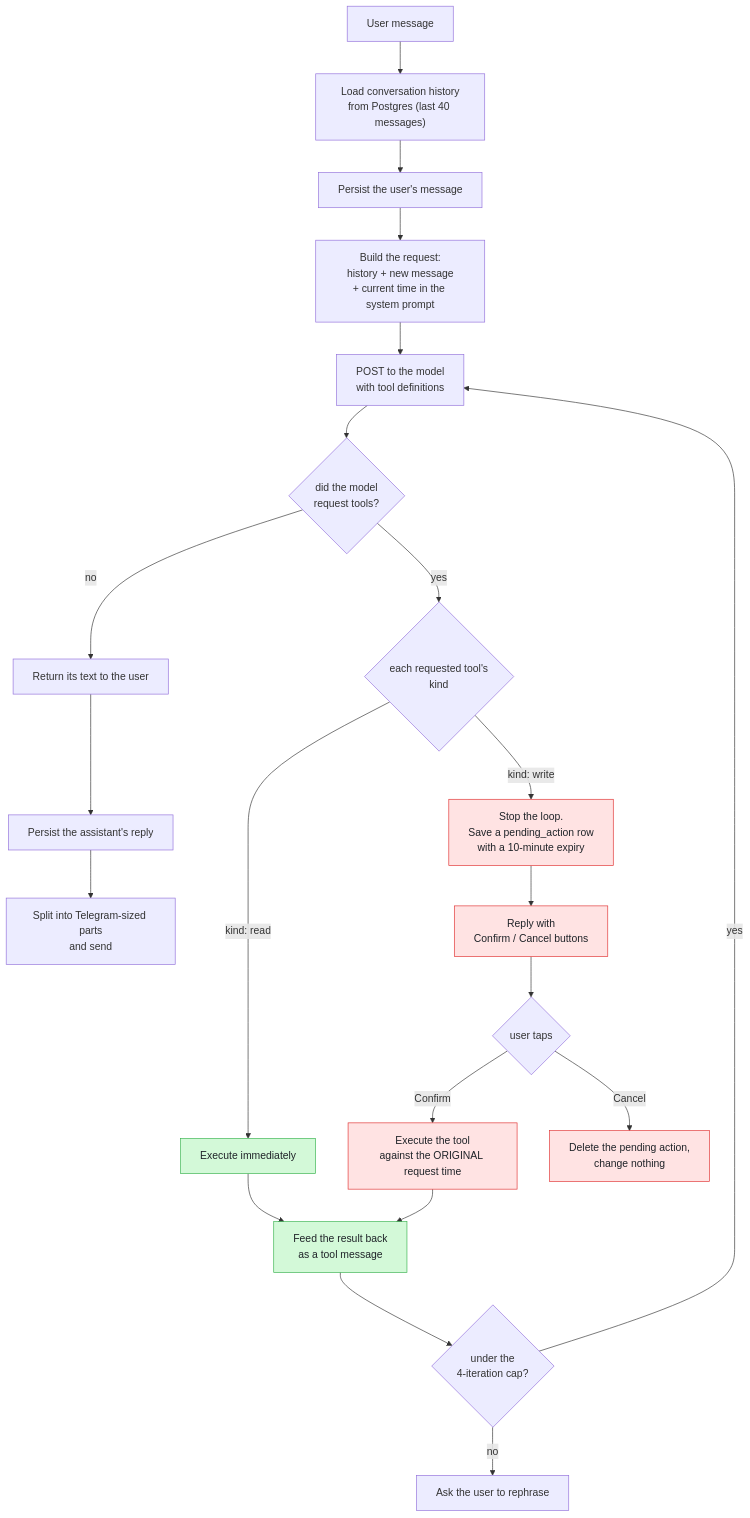
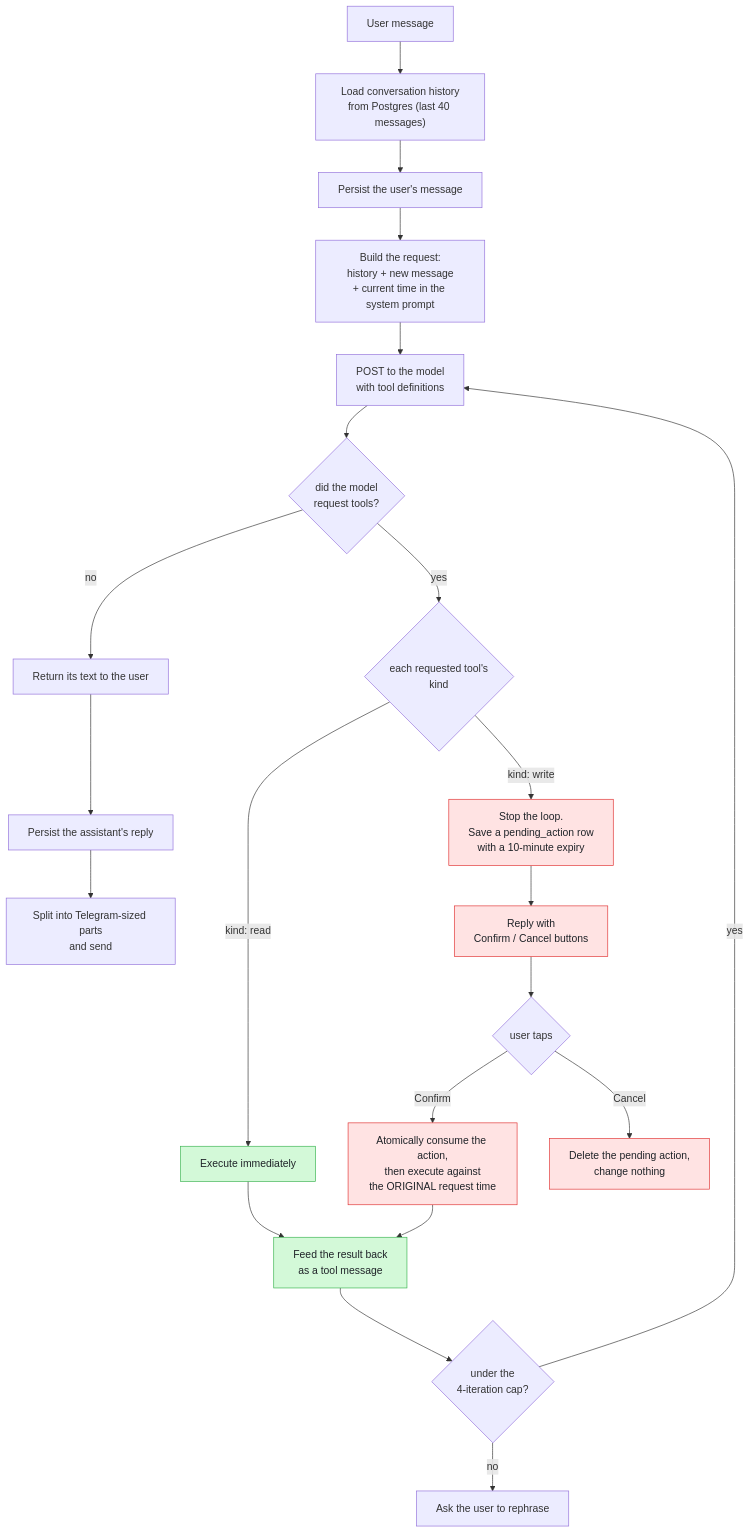
The fourth of 11 diagrams in docs/architecture.md (e1010101/my-helper), drawn with Mermaid before and after one commit. The commit also changed other lines of this file and 49 other files, not shown here.

````diff
--- a/docs/architecture.md
+++ b/docs/architecture.md
@@ -201,34 +201,34 @@
 ```mermaid
 flowchart TD
     Start["User message"] --> Load["Load conversation history<br/>from Postgres (last 40 messages)"]
     Load --> Persist["Persist the user's message"]
     Persist --> Build["Build the request:<br/>history + new message<br/>+ current time in the system prompt"]
 
     Build --> Call["POST to the model<br/>with tool definitions"]
     Call --> HasCalls{"did the model<br/>request tools?"}
 
     HasCalls -->|no| Final["Return its text to the user"]
     HasCalls -->|yes| Split{"each requested tool's<br/>kind"}
 
     Split -->|"kind: read"| ExecuteNow["Execute immediately"]
     Split -->|"kind: write"| Gate
 
     ExecuteNow --> Feed["Feed the result back<br/>as a tool message"]
     Feed --> Iterate{"under the<br/>4-iteration cap?"}
     Iterate -->|yes| Call
     Iterate -->|no| GiveUp["Ask the user to rephrase"]
 
     Gate["Stop the loop.<br/>Save a pending_action row<br/>with a 10-minute expiry"] --> Confirm["Reply with<br/>Confirm / Cancel buttons"]
     Confirm --> Tapped{"user taps"}
-    Tapped -->|Confirm| RunTool["Execute the tool<br/>against the ORIGINAL request time"]
+    Tapped -->|Confirm| RunTool["Atomically consume the action,<br/>then execute against<br/>the ORIGINAL request time"]
     Tapped -->|Cancel| Drop["Delete the pending action,<br/>change nothing"]
     RunTool --> Feed
 
     Final --> Store["Persist the assistant's reply"]
     Store --> Chunk["Split into Telegram-sized parts<br/>and send"]
 
     classDef write fill:#ffe3e3,stroke:#e03131,color:#1f2328
     classDef read fill:#d3f9d8,stroke:#37b24d,color:#1f2328
     class Gate,Confirm,RunTool,Drop write
     class ExecuteNow,Feed read
 ```
````
